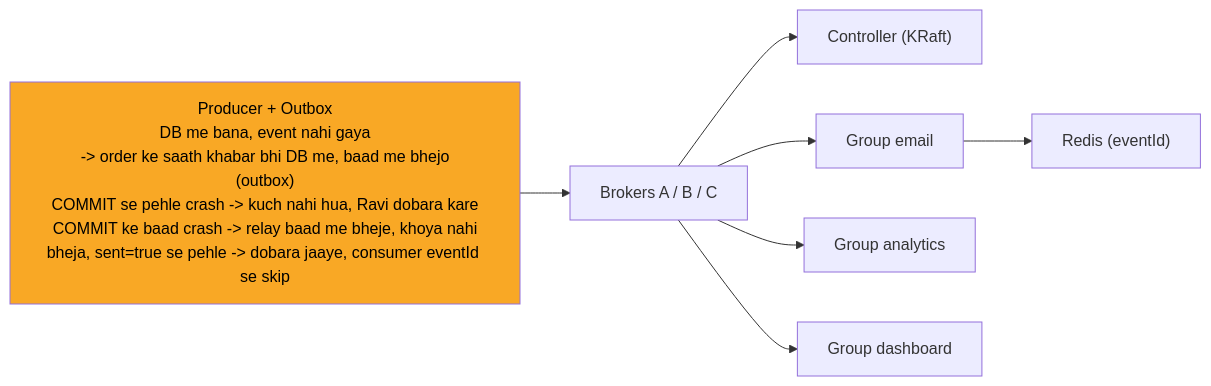
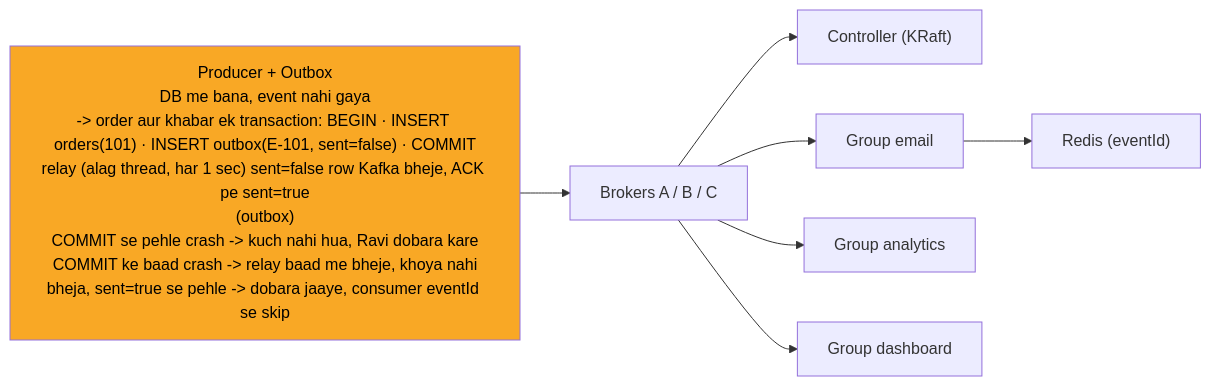
One commit to ArpanMaheshwari144/Prep changed the ninth of 12 diagrams in 04_HLD/SYSTEM_DESIGNS/12_message_queue_kafka/12_message_queue_kafka.md. Above: the diagram before and after it, drawn with Mermaid. The commit also changed other lines of this file and 13 other files, not shown here.

````diff
--- a/04_HLD/SYSTEM_DESIGNS/12_message_queue_kafka/12_message_queue_kafka.md
+++ b/04_HLD/SYSTEM_DESIGNS/12_message_queue_kafka/12_message_queue_kafka.md
@@ -321,18 +324,18 @@
 ```mermaid
 %%{init: {"flowchart": {"wrappingWidth": 450}}}%%
 flowchart LR
-    n_P["Producer + Outbox<br/>DB me bana, event nahi gaya<br/>-> order ke saath khabar bhi DB me, baad me bhejo<br/>(outbox)<br/>COMMIT se pehle crash -> kuch nahi hua, Ravi dobara kare<br/>COMMIT ke baad crash -> relay baad me bheje, khoya nahi<br/>bheja, sent=true se pehle -> dobara jaaye, consumer eventId se skip"]
+    n_P["Producer + Outbox<br/>DB me bana, event nahi gaya<br/>-> order aur khabar ek transaction: BEGIN · INSERT orders(101) · INSERT outbox(E-101, sent=false) · COMMIT<br/>relay (alag thread, har 1 sec) sent=false row Kafka bheje, ACK pe sent=true<br/>(outbox)<br/>COMMIT se pehle crash -> kuch nahi hua, Ravi dobara kare<br/>COMMIT ke baad crash -> relay baad me bheje, khoya nahi<br/>bheja, sent=true se pehle -> dobara jaaye, consumer eventId se skip"]
     n_B["Brokers A / B / C"]
     n_K["Controller (KRaft)"]
     n_GE["Group email"]
     n_R["Redis (eventId)"]
     n_GA["Group analytics"]
     n_GD["Group dashboard"]
     n_P --> n_B
     n_B --> n_K
     n_B --> n_GE
     n_B --> n_GA
     n_B --> n_GD
     n_GE --> n_R
     style n_P fill:#f9a825,color:#000
 ```
````
